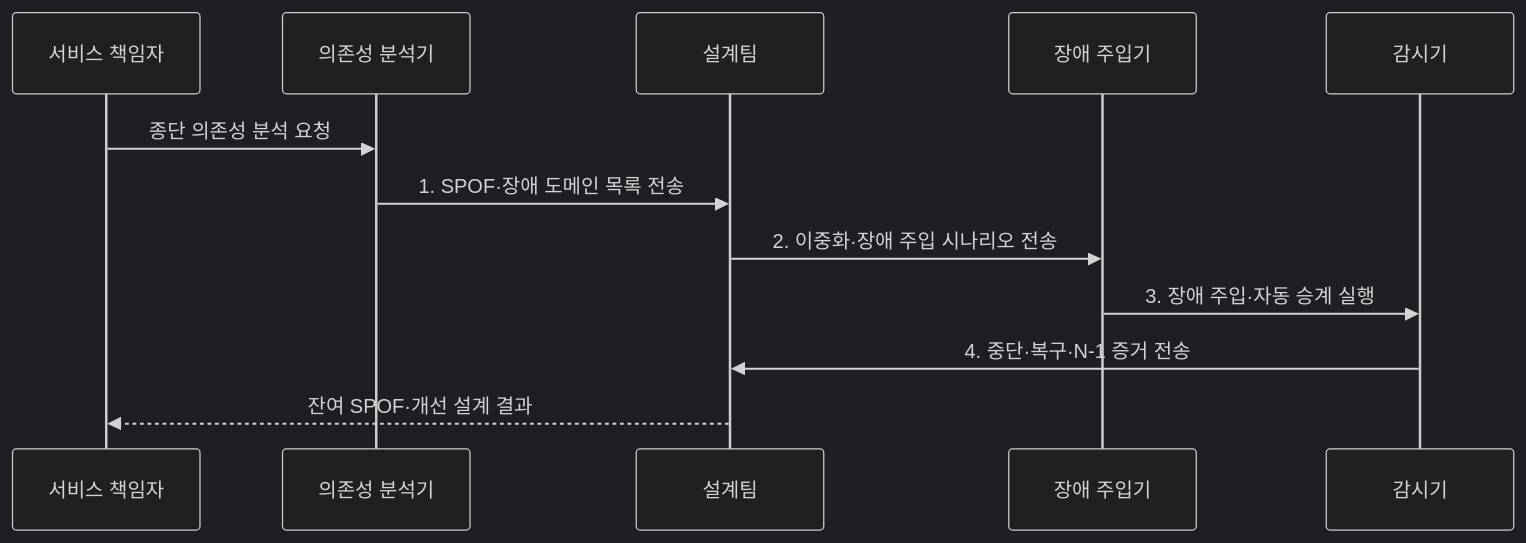
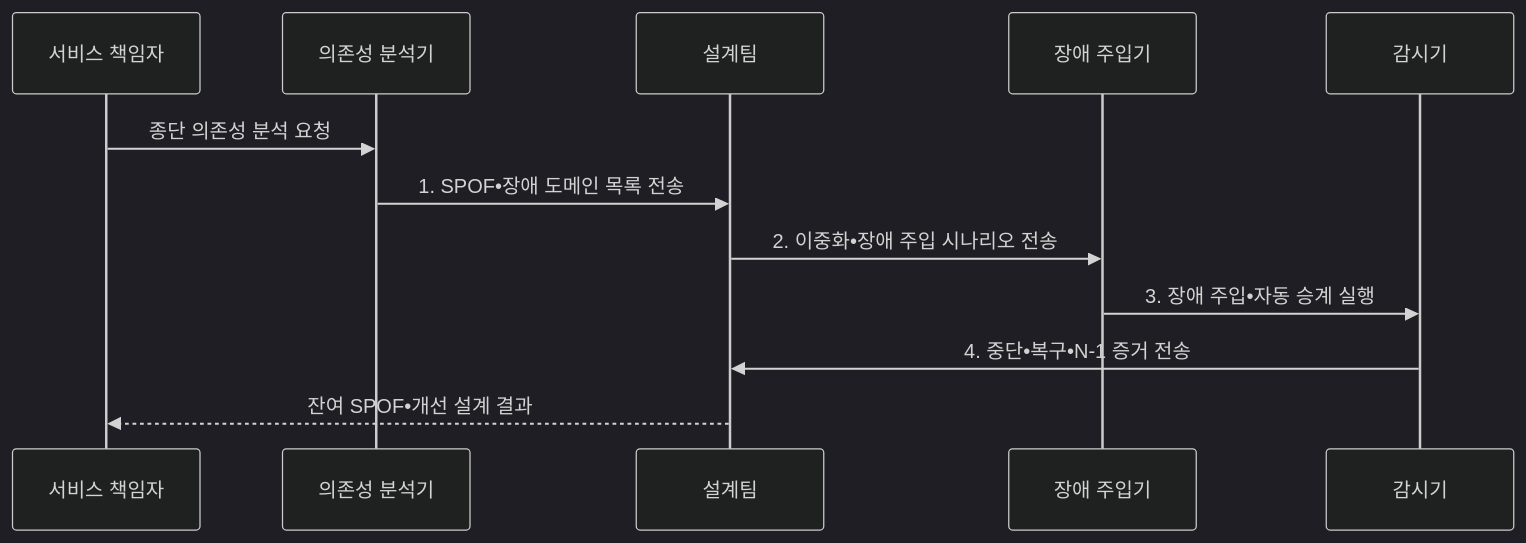
The second of 2 diagrams in src/content/docs/notes/06-evaluation/018_spof_elimination.md (agnusdei1207/knowledge-base), drawn with Mermaid (dark theme) before and after one commit. The commit also changed other lines of this file and 953 other files, not shown here.

````diff
--- a/src/content/docs/notes/06-evaluation/018_spof_elimination.md
+++ b/src/content/docs/notes/06-evaluation/018_spof_elimination.md
@@ -101,14 +101,14 @@
 ```mermaid
 sequenceDiagram
   participant O as 서비스 책임자
   participant A as 의존성 분석기
   participant D as 설계팀
   participant C as 장애 주입기
   participant M as 감시기
   O->>A: 종단 의존성 분석 요청
-  A->>D: 1. SPOF·장애 도메인 목록 전송
-  D->>C: 2. 이중화·장애 주입 시나리오 전송
-  C->>M: 3. 장애 주입·자동 승계 실행
-  M->>D: 4. 중단·복구·N-1 증거 전송
-  D-->>O: 잔여 SPOF·개선 설계 결과
+  A->>D: 1. SPOF•장애 도메인 목록 전송
+  D->>C: 2. 이중화•장애 주입 시나리오 전송
+  C->>M: 3. 장애 주입•자동 승계 실행
+  M->>D: 4. 중단•복구•N-1 증거 전송
+  D-->>O: 잔여 SPOF•개선 설계 결과
 ```
````
